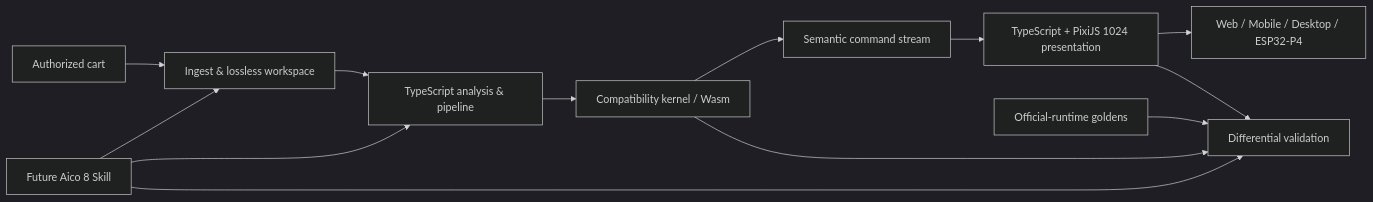
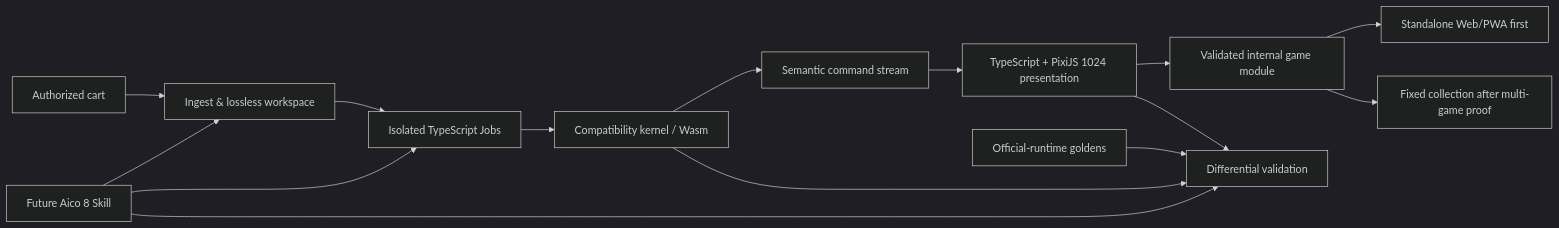
One commit to YinsenW/Aico-8 changed the diagram in README.md. Above: the diagram before and after it, drawn with Mermaid (dark theme). The commit also changed other lines of this file and 11 other files, not shown here.

Commit message:
Define web-first delivery execution plan (#1)

````diff
--- a/README.md
+++ b/README.md
@@ -43,15 +45,17 @@
 ```mermaid
 flowchart LR
     A["Authorized cart"] --> B["Ingest & lossless workspace"]
-    B --> C["TypeScript analysis & pipeline"]
+    B --> C["Isolated TypeScript Jobs"]
     C --> D["Compatibility kernel / Wasm"]
     D --> E["Semantic command stream"]
     E --> F["TypeScript + PixiJS 1024 presentation"]
-    F --> G["Web / Mobile / Desktop / ESP32-P4"]
+    F --> K["Validated internal game module"]
+    K --> G["Standalone Web/PWA first"]
+    K --> L["Fixed collection after multi-game proof"]
     H["Official-runtime goldens"] --> I["Differential validation"]
     D --> I
     F --> I
     J["Future Aico 8 Skill"] --> B
     J --> C
     J --> I
 ```
````
